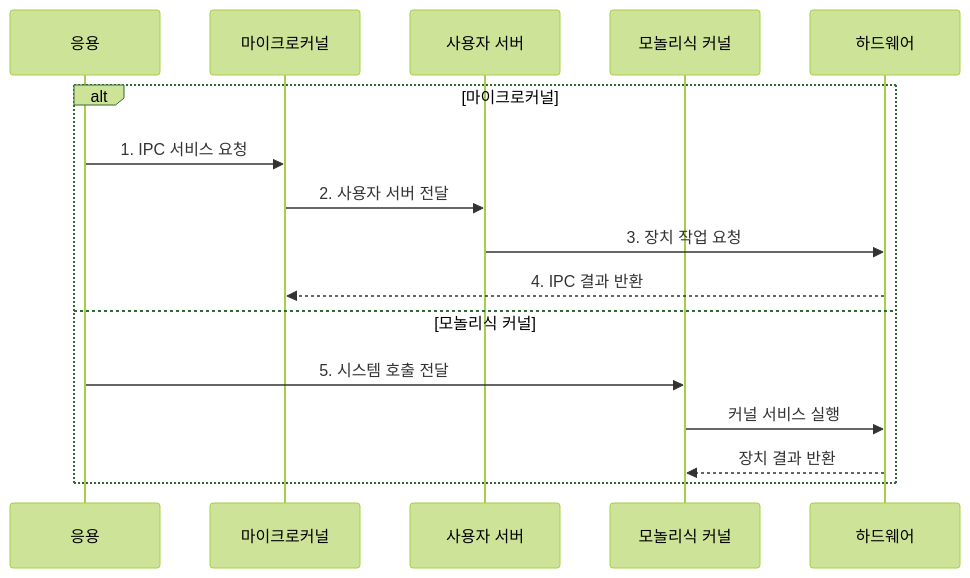
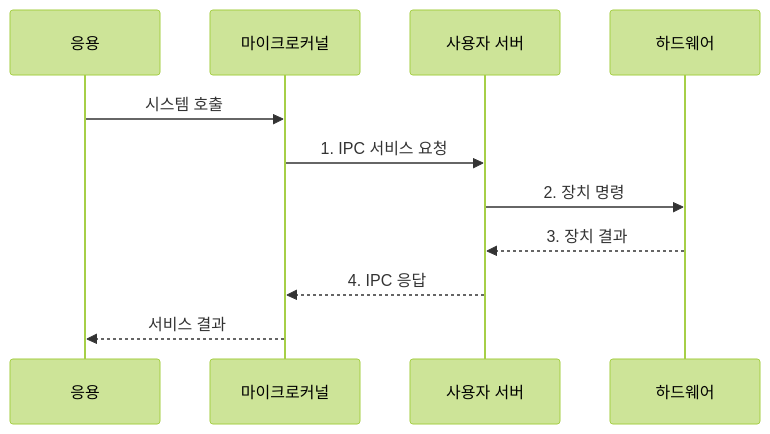
The second of 2 diagrams in src/content/docs/notes/03-software/024_microkernel_vs_monolithic.md (agnusdei1207/knowledge-base), drawn with Mermaid (forest theme) before and after one commit. The commit also changed other lines of this file and 20 other files, not shown here.

````diff
--- a/src/content/docs/notes/03-software/024_microkernel_vs_monolithic.md
+++ b/src/content/docs/notes/03-software/024_microkernel_vs_monolithic.md
@@ -89,18 +95,13 @@
 ```mermaid
 sequenceDiagram
     participant A as 응용
     participant M as 마이크로커널
     participant S as 사용자 서버
-    participant K as 모놀리식 커널
     participant H as 하드웨어
-    alt 마이크로커널
-        A->>M: 1. IPC 서비스 요청
-        M->>S: 2. 사용자 서버 전달
-        S->>H: 3. 장치 작업 요청
-        H-->>M: 4. IPC 결과 반환
-    else 모놀리식 커널
-        A->>K: 5. 시스템 호출 전달
-        K->>H: 커널 서비스 실행
-        H-->>K: 장치 결과 반환
-    end
+    A->>M: 시스템 호출
+    M->>S: 1. IPC 서비스 요청
+    S->>H: 2. 장치 명령
+    H-->>S: 3. 장치 결과
+    S-->>M: 4. IPC 응답
+    M-->>A: 서비스 결과
 ```
````
